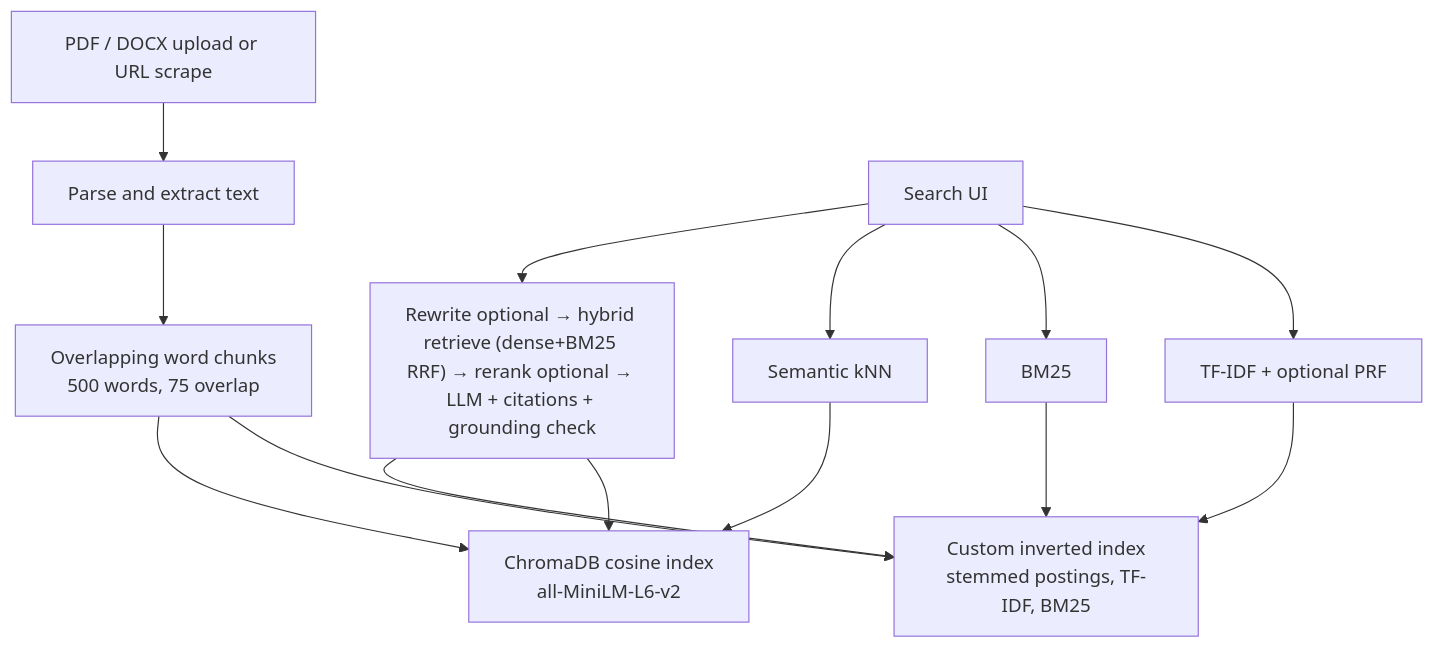
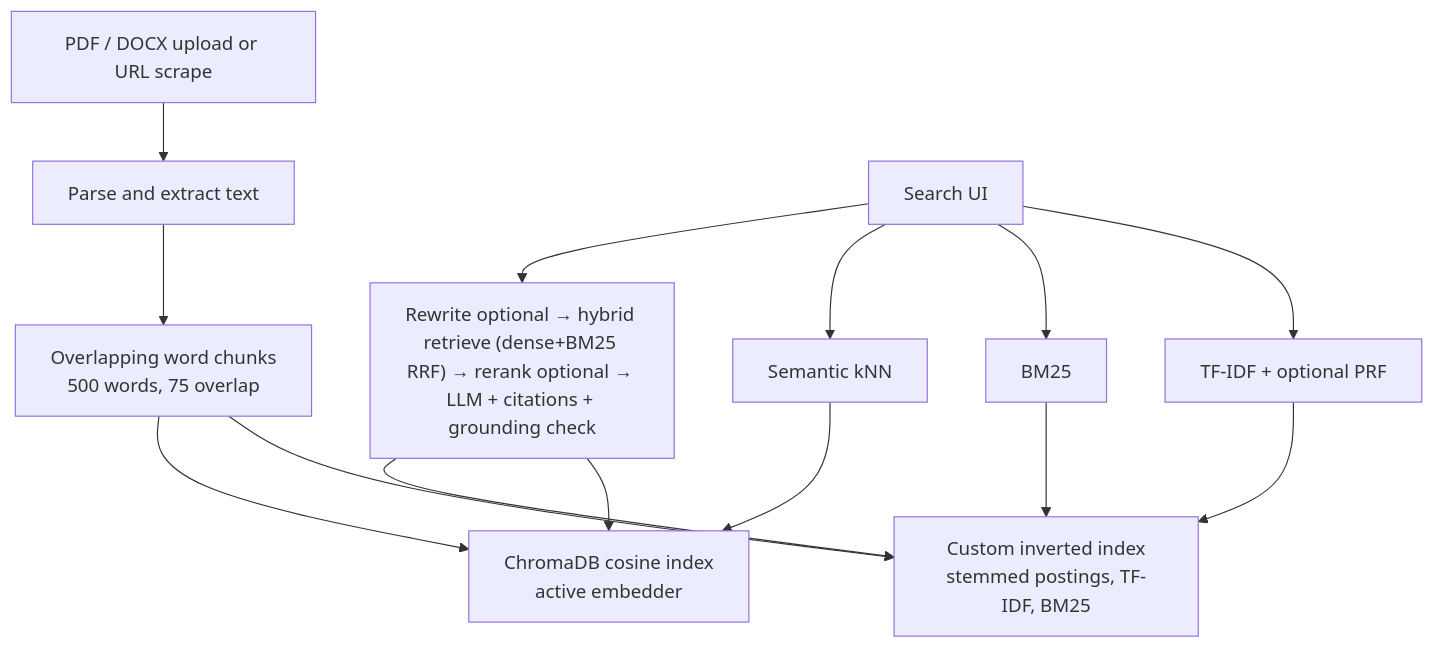
One commit to Hmd200/mir-search-rag changed the diagram in README.md. Above: the diagram before and after it, drawn with Mermaid. The commit also changed other lines of this file and 11 other files, not shown here.

````diff
--- a/README.md
+++ b/README.md
@@ -24,23 +24,23 @@
 ```mermaid
 flowchart TD
   src["PDF / DOCX upload or URL scrape"]
   parse["Parse and extract text"]
   chunk["Overlapping word chunks<br/>500 words, 75 overlap"]
   lex["Custom inverted index<br/>stemmed postings, TF-IDF, BM25"]
-  vec["ChromaDB cosine index<br/>all-MiniLM-L6-v2"]
+  vec["ChromaDB cosine index<br/>active embedder"]
   ui["Search UI"]
   vsm["TF-IDF + optional PRF"]
   bm25["BM25"]
   sem["Semantic kNN"]
   rag["Rewrite optional → hybrid retrieve (dense+BM25 RRF) → rerank optional → LLM + citations + grounding check"]
 
   src --> parse --> chunk
   chunk --> lex
   chunk --> vec
   ui --> vsm --> lex
   ui --> bm25 --> lex
   ui --> sem --> vec
   ui --> rag
   rag --> vec
   rag --> lex
 ```
````
